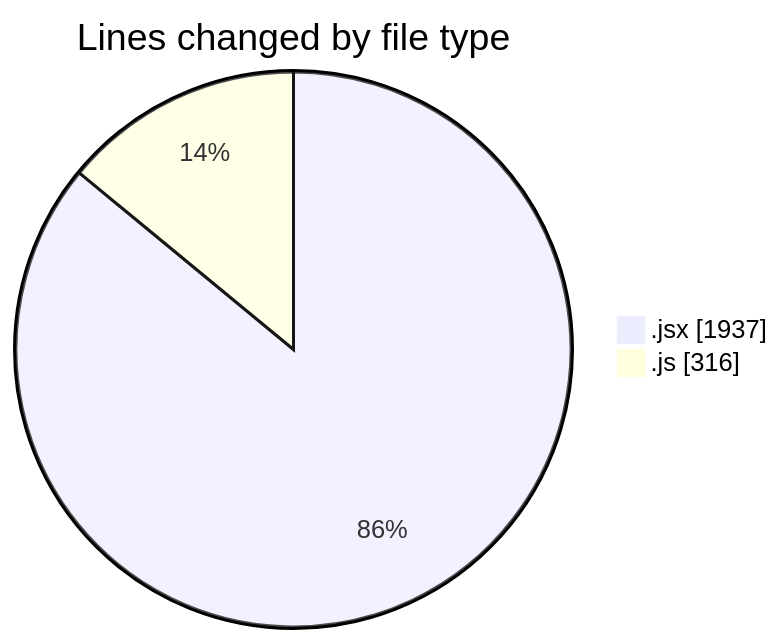
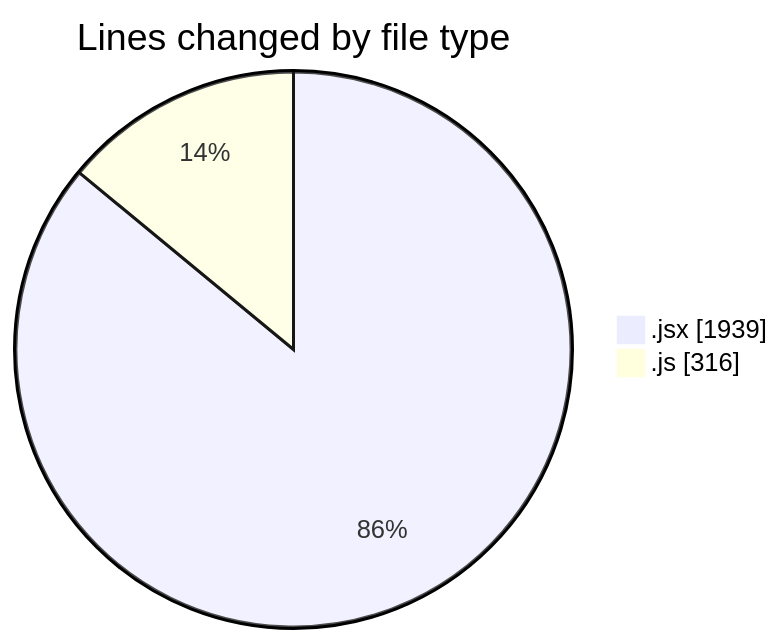
One commit to nxtqubesakshisongat/code-tracking changed the first of 2 diagrams in 2025-07-13/argos/README.md. Above: the diagram before and after it, drawn with Mermaid. The commit also changed other lines of this file and 1 other file, not shown here.

````diff
--- a/2025-07-13/argos/README.md
+++ b/2025-07-13/argos/README.md
@@ -21,6 +21,6 @@
 ```mermaid
 pie showData
 title Lines changed by file type
-".jsx" : 1937
+".jsx" : 1939
 ".js" : 316
 ```
````
